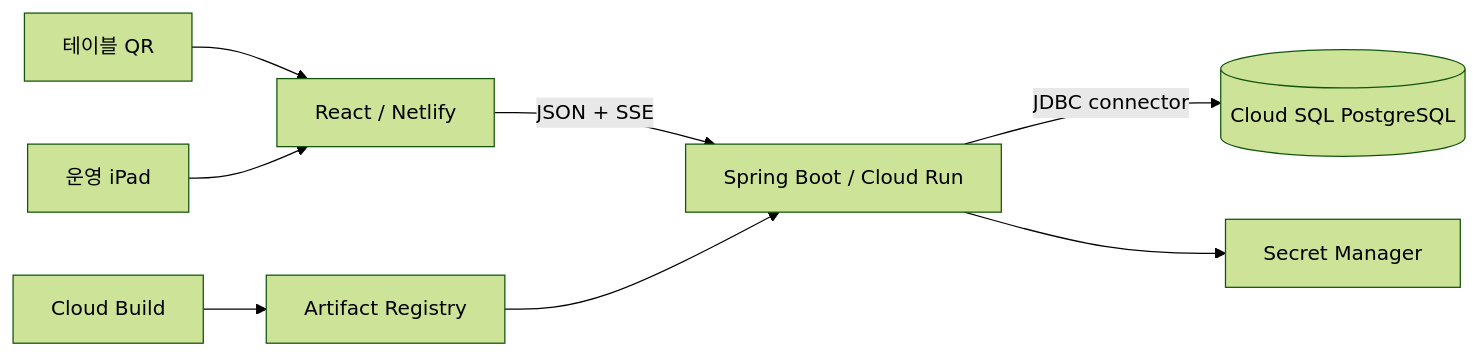
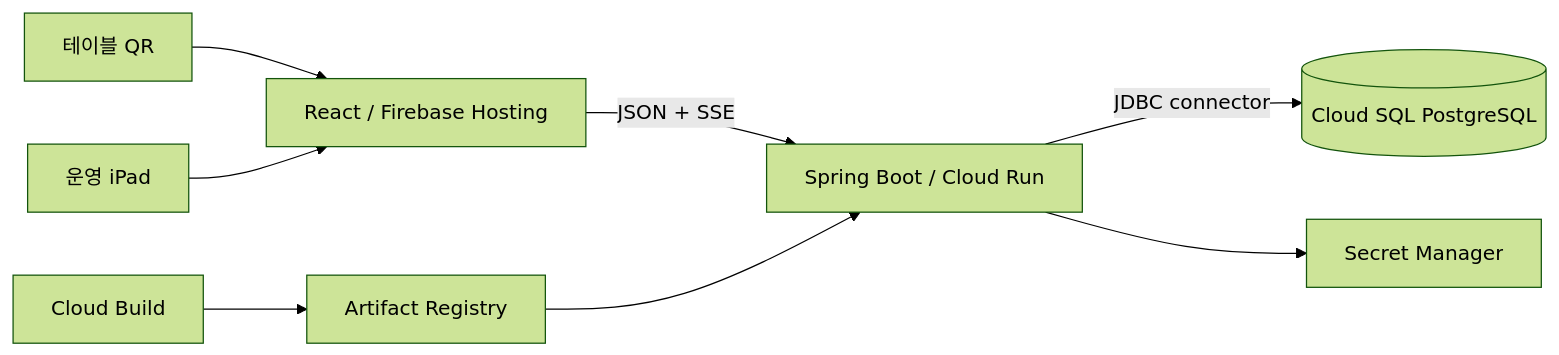
One commit to Sockbee/qr-order-design changed the diagram in docs/qr-order/spring-gcp-migration.md. Above: the diagram before and after it, drawn with Mermaid (forest theme). The commit also changed 5 other files, not shown here.

Commit message:
docs: 배포 가이드와 환경 변수 예제를 Firebase Hosting 기준으로 갱신

````diff
--- a/docs/qr-order/spring-gcp-migration.md
+++ b/docs/qr-order/spring-gcp-migration.md
@@ -5,10 +5,10 @@
 ```mermaid
 flowchart LR
-    QR[테이블 QR] --> NETLIFY[React / Netlify]
-    STAFF[운영 iPad] --> NETLIFY
-    NETLIFY -->|JSON + SSE| RUN[Spring Boot / Cloud Run]
+    QR[테이블 QR] --> HOSTING[React / Firebase Hosting]
+    STAFF[운영 iPad] --> HOSTING
+    HOSTING -->|JSON + SSE| RUN[Spring Boot / Cloud Run]
     RUN -->|JDBC connector| SQL[(Cloud SQL PostgreSQL)]
     RUN --> SECRET[Secret Manager]
     BUILD[Cloud Build] --> AR[Artifact Registry]
     AR --> RUN
 ```
````
